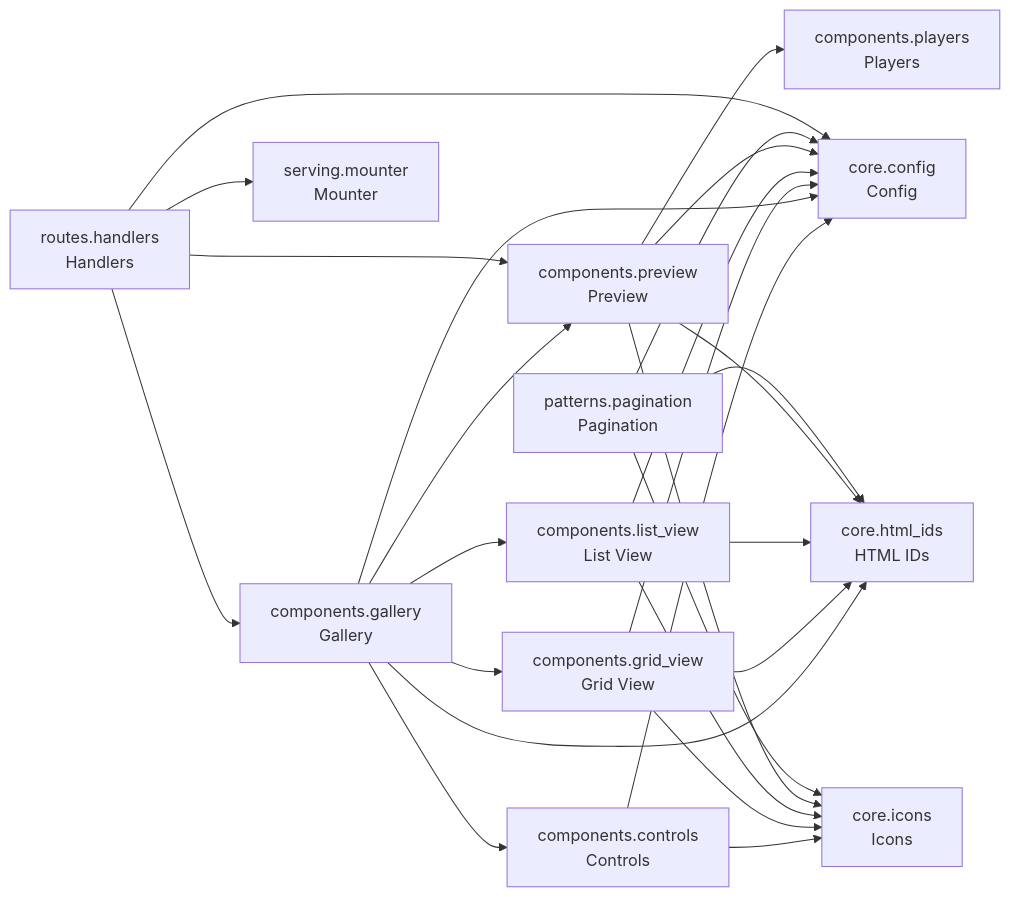
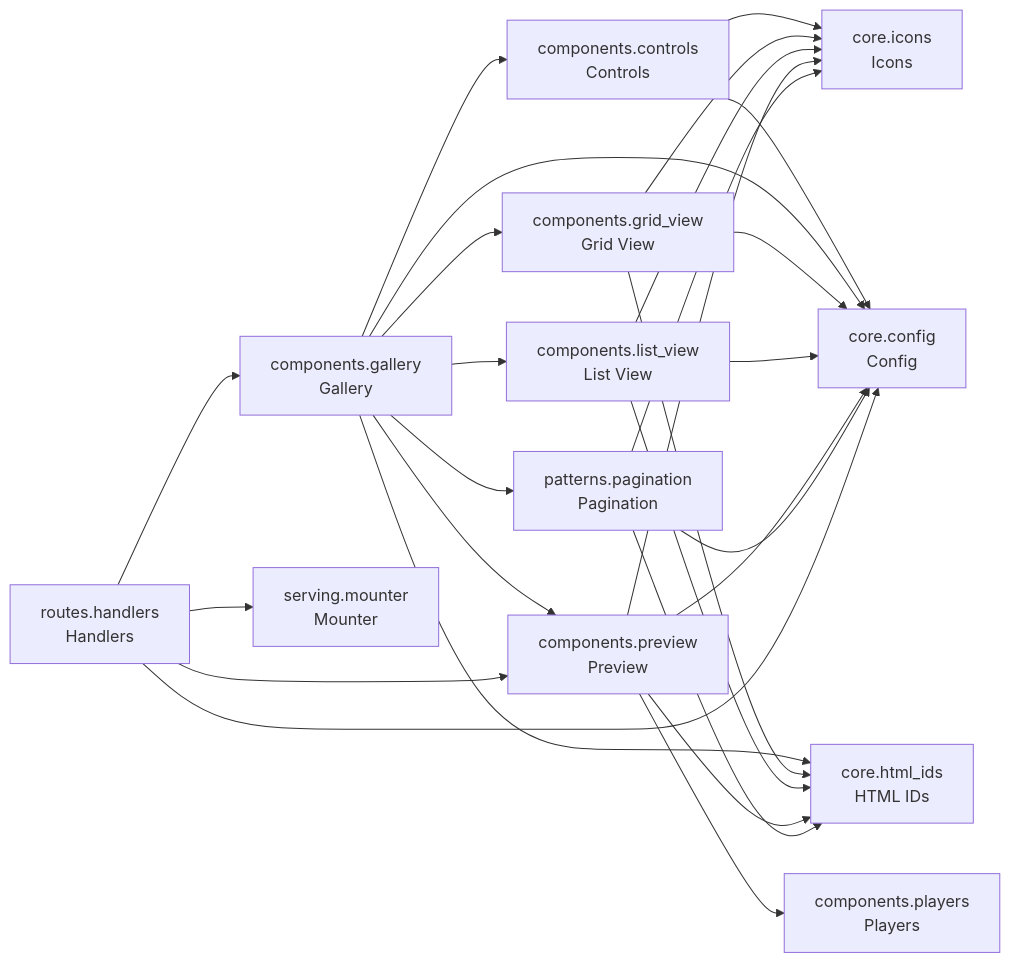
Before and after one commit to cj-mills/cjm-fasthtml-media-gallery: the diagram in README.md, drawn with Mermaid. The commit also changed other lines of this file and 10 other files, not shown here.

````diff
--- a/README.md
+++ b/README.md
@@ -37,41 +37,42 @@
 ``` mermaid
 graph LR
     components_controls[components.controls<br/>Controls]
     components_gallery[components.gallery<br/>Gallery]
     components_grid_view[components.grid_view<br/>Grid View]
     components_list_view[components.list_view<br/>List View]
     components_players[components.players<br/>Players]
     components_preview[components.preview<br/>Preview]
     core_config[core.config<br/>Config]
     core_html_ids[core.html_ids<br/>HTML IDs]
     core_icons[core.icons<br/>Icons]
     patterns_pagination[patterns.pagination<br/>Pagination]
     routes_handlers[routes.handlers<br/>Handlers]
     serving_mounter[serving.mounter<br/>Mounter]
 
+    components_controls --> core_icons
     components_controls --> core_config
-    components_controls --> core_icons
+    components_gallery --> components_preview
+    components_gallery --> patterns_pagination
     components_gallery --> components_list_view
     components_gallery --> core_config
+    components_gallery --> components_grid_view
+    components_gallery --> components_controls
     components_gallery --> core_html_ids
-    components_gallery --> components_grid_view
-    components_gallery --> components_preview
-    components_gallery --> components_controls
+    components_grid_view --> core_icons
     components_grid_view --> core_config
     components_grid_view --> core_html_ids
-    components_grid_view --> core_icons
     components_list_view --> core_config
+    components_list_view --> core_icons
     components_list_view --> core_html_ids
-    components_list_view --> core_icons
-    components_preview --> components_players
+    components_preview --> core_icons
     components_preview --> core_config
     components_preview --> core_html_ids
-    components_preview --> core_icons
+    components_preview --> components_players
+    patterns_pagination --> core_icons
     patterns_pagination --> core_config
     patterns_pagination --> core_html_ids
-    patterns_pagination --> core_icons
+    routes_handlers --> components_preview
     routes_handlers --> core_config
-    routes_handlers --> components_preview
     routes_handlers --> serving_mounter
     routes_handlers --> components_gallery
 ```
````
